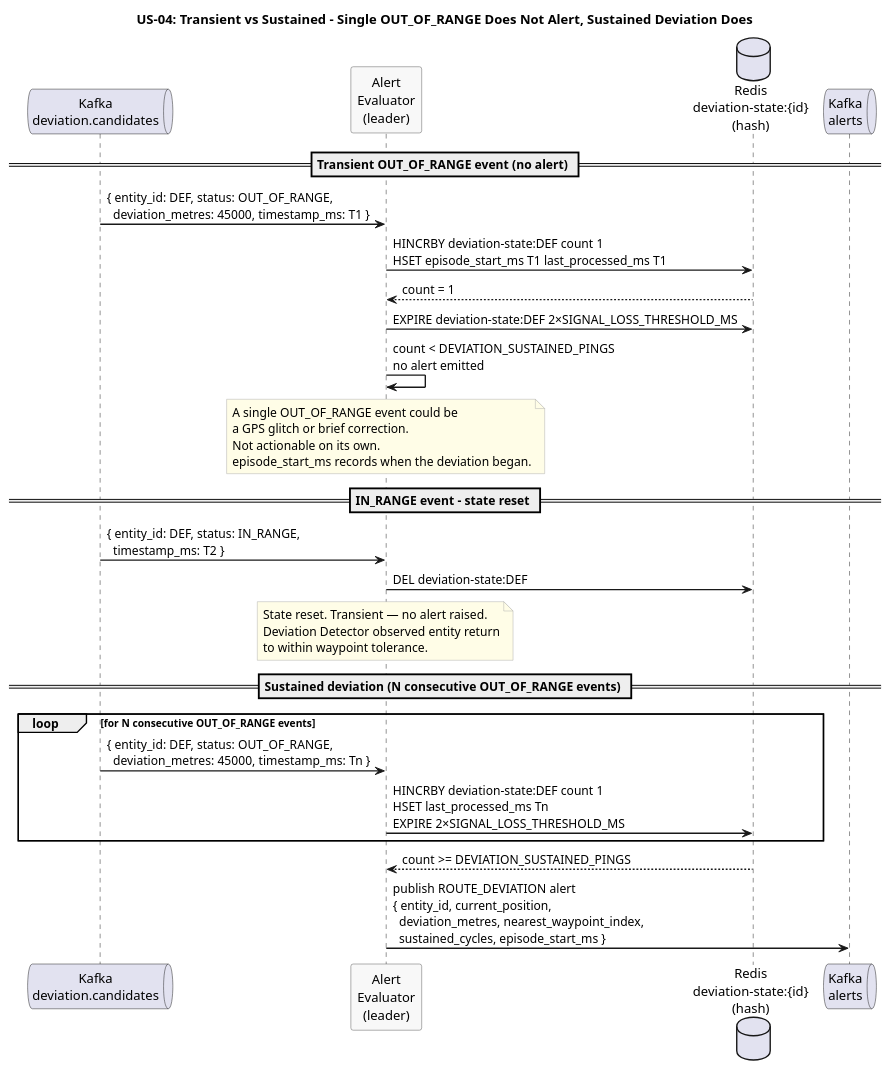
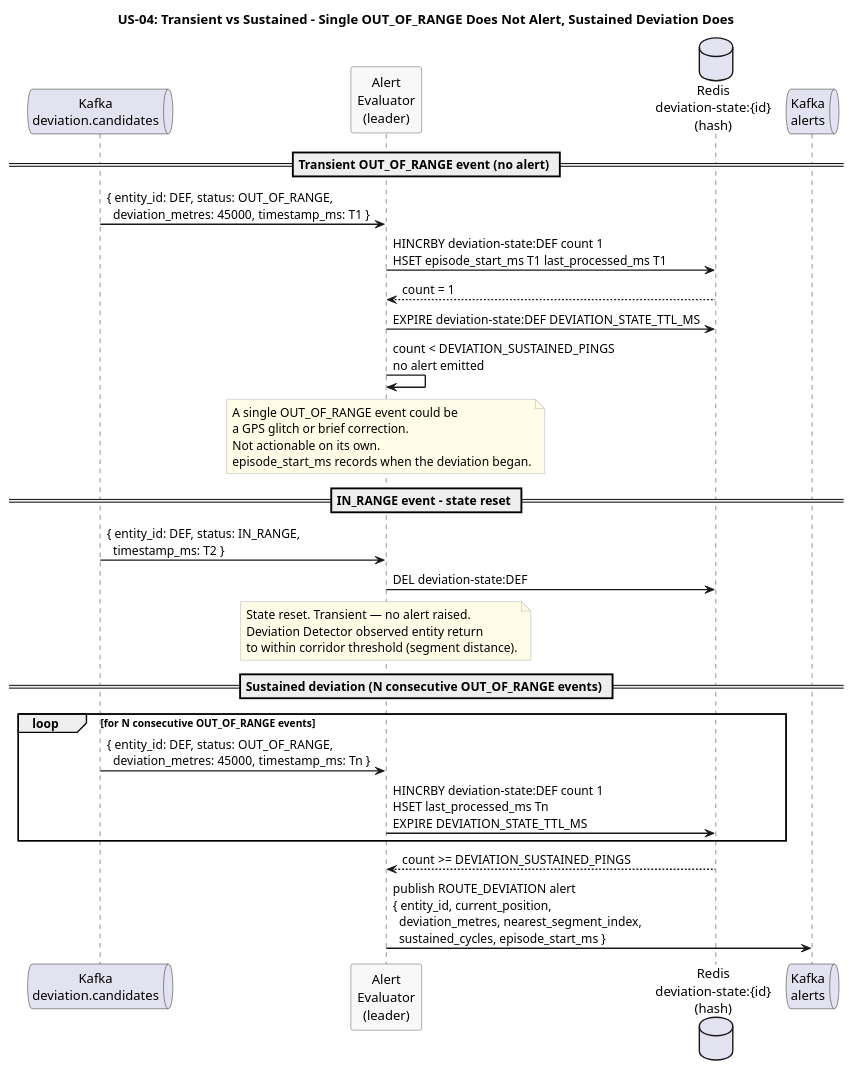
One commit to Buffden/sentinel changed the diagram in docs/use-cases/US-04-route-deviation-alert/transient-vs-sustained.puml. Above: the diagram before and after it, drawn with PlantUML. The commit also changed 9 other files, not shown here.

First line of the commit message:
use-cases: update all diagrams and docs for 14-issue correctness sweep

```diff
--- a/docs/use-cases/US-04-route-deviation-alert/transient-vs-sustained.puml
+++ b/docs/use-cases/US-04-route-deviation-alert/transient-vs-sustained.puml
@@ -1,55 +1,55 @@
 @startuml transient-vs-sustained
 title US-04: Transient vs Sustained - Single OUT_OF_RANGE Does Not Alert, Sustained Deviation Does
 
 skinparam sequenceArrowThickness 1.5
 skinparam participantBorderColor #555555
 skinparam participantBackgroundColor #F8F8F8
 skinparam noteBorderColor #AAAAAA
 skinparam noteBackgroundColor #FFFDE7
 
 queue "Kafka\ndeviation.candidates" as DevCandKafka
 participant "Alert\nEvaluator\n(leader)" as Evaluator
 database "Redis\ndeviation-state:{id}\n(hash)" as DevState
 queue "Kafka\nalerts" as Kafka
 
 == Transient OUT_OF_RANGE event (no alert) ==
 
 DevCandKafka -> Evaluator : { entity_id: DEF, status: OUT_OF_RANGE,\n  deviation_metres: 45000, timestamp_ms: T1 }
 
 Evaluator -> DevState : HINCRBY deviation-state:DEF count 1\nHSET episode_start_ms T1 last_processed_ms T1
 DevState --> Evaluator : count = 1
 
-Evaluator -> DevState : EXPIRE deviation-state:DEF 2×SIGNAL_LOSS_THRESHOLD_MS
+Evaluator -> DevState : EXPIRE deviation-state:DEF DEVIATION_STATE_TTL_MS
 
 Evaluator -> Evaluator : count < DEVIATION_SUSTAINED_PINGS\nno alert emitted
 
 note over Evaluator
   A single OUT_OF_RANGE event could be
   a GPS glitch or brief correction.
   Not actionable on its own.
   episode_start_ms records when the deviation began.
 end note
 
 == IN_RANGE event - state reset ==
 
 DevCandKafka -> Evaluator : { entity_id: DEF, status: IN_RANGE,\n  timestamp_ms: T2 }
 
 Evaluator -> DevState : DEL deviation-state:DEF
 note over Evaluator
   State reset. Transient — no alert raised.
   Deviation Detector observed entity return
-  to within waypoint tolerance.
+  to within corridor threshold (segment distance).
 end note
 
 == Sustained deviation (N consecutive OUT_OF_RANGE events) ==
 
 loop for N consecutive OUT_OF_RANGE events
   DevCandKafka -> Evaluator : { entity_id: DEF, status: OUT_OF_RANGE,\n  deviation_metres: 45000, timestamp_ms: Tn }
-  Evaluator -> DevState : HINCRBY deviation-state:DEF count 1\nHSET last_processed_ms Tn\nEXPIRE 2×SIGNAL_LOSS_THRESHOLD_MS
+  Evaluator -> DevState : HINCRBY deviation-state:DEF count 1\nHSET last_processed_ms Tn\nEXPIRE DEVIATION_STATE_TTL_MS
 end
 
 DevState --> Evaluator : count >= DEVIATION_SUSTAINED_PINGS
 
-Evaluator -> Kafka : publish ROUTE_DEVIATION alert\n{ entity_id, current_position,\n  deviation_metres, nearest_waypoint_index,\n  sustained_cycles, episode_start_ms }
+Evaluator -> Kafka : publish ROUTE_DEVIATION alert\n{ entity_id, current_position,\n  deviation_metres, nearest_segment_index,\n  sustained_cycles, episode_start_ms }
 
 @enduml
```
